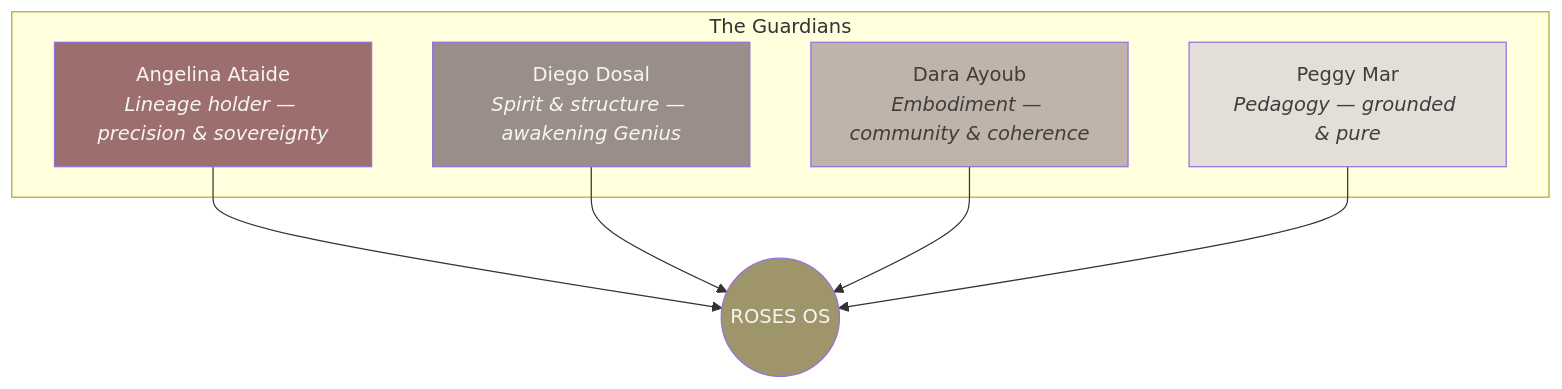
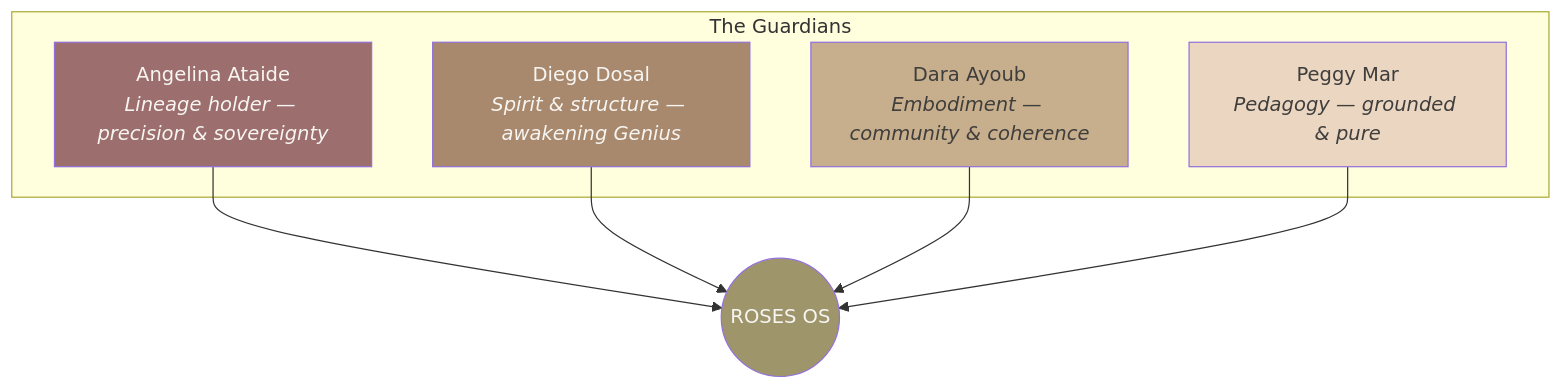
One commit to Light-Brands/roses-os changed diagram 20 of 28 in docs/brand/brand-dna.md. Above: the diagram before and after it, drawn with Mermaid. The commit also changed other lines of this file and 2 other files, not shown here.

````diff
--- a/docs/brand/brand-dna.md
+++ b/docs/brand/brand-dna.md
@@ -1090,20 +1090,20 @@
 ```mermaid
 graph TD
     subgraph GUARDIANS["The Guardians"]
         AA["Angelina Ataide<br/><i>Lineage holder — precision & sovereignty</i>"]
         DD["Diego Dosal<br/><i>Spirit & structure — awakening Genius</i>"]
         DA["Dara Ayoub<br/><i>Embodiment — community & coherence</i>"]
         PM["Peggy Mar<br/><i>Pedagogy — grounded & pure</i>"]
     end
 
     AA --> ROS((ROSES OS))
     DD --> ROS
     DA --> ROS
     PM --> ROS
 
     style AA fill:#9C6F6E,color:#F7F5F2
-    style DD fill:#9A8F88,color:#F7F5F2
-    style DA fill:#BFB3AA,color:#3F3E3C
-    style PM fill:#E4DED8,color:#3F3E3C
+    style DD fill:#A8896D,color:#F7F5F2
+    style DA fill:#C7AE8C,color:#3F3E3C
+    style PM fill:#EBD6C1,color:#3F3E3C
     style ROS fill:#9E956B,color:#F7F5F2
 ```
````
